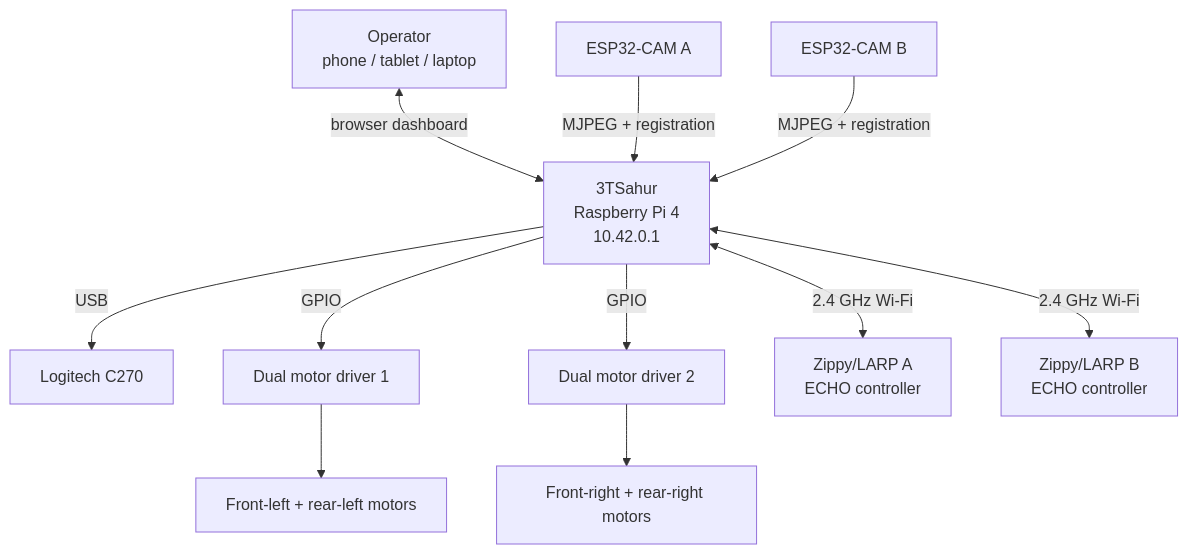
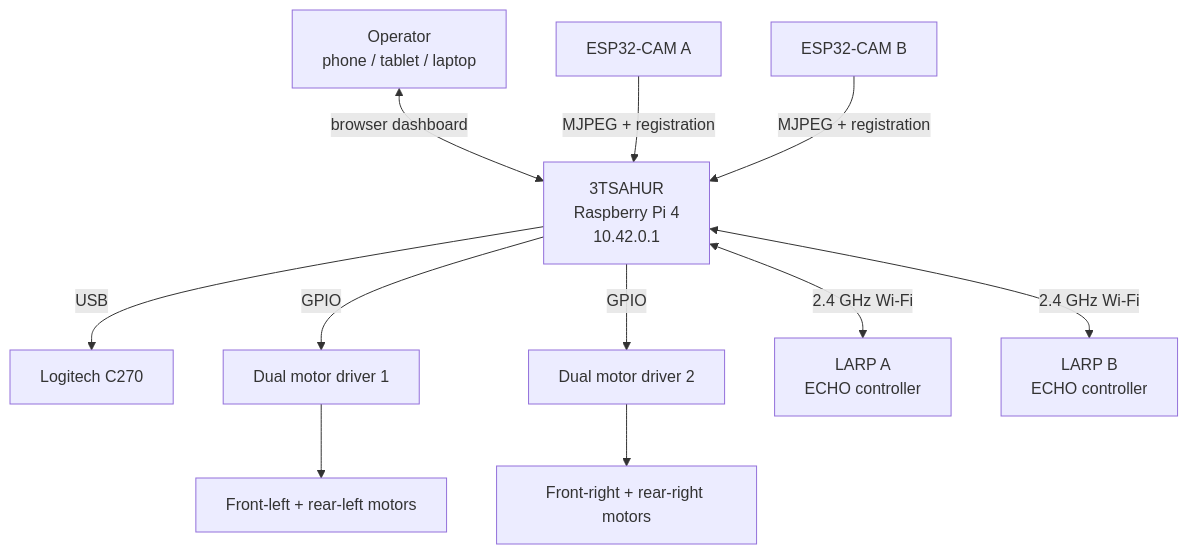
Before and after one commit to william-thompsonthe1st/STEM-Research-Academy: the fourth of 9 diagrams in README.md, drawn with Mermaid. The commit also changed other lines of this file, not shown here.

Commit message:
docs: add 3TSAHUR and LARP mission naming

````diff
--- a/README.md
+++ b/README.md
@@ -172,13 +183,13 @@
 ```mermaid
 flowchart TB
-    USER["Operator\nphone / tablet / laptop"] <-->|"browser dashboard"| PI["3TSahur\nRaspberry Pi 4\n10.42.0.1"]
-    PI -->|"USB"| C270["Logitech C270"]
-    PI -->|"GPIO"| D1["Dual motor driver 1"]
-    PI -->|"GPIO"| D2["Dual motor driver 2"]
+    USER["Operator\nphone / tablet / laptop"] <-->|"browser dashboard"| HUB["3TSAHUR\nRaspberry Pi 4\n10.42.0.1"]
+    HUB -->|"USB"| C270["Logitech C270"]
+    HUB -->|"GPIO"| D1["Dual motor driver 1"]
+    HUB -->|"GPIO"| D2["Dual motor driver 2"]
     D1 --> ML["Front-left + rear-left motors"]
     D2 --> MR["Front-right + rear-right motors"]
-    PI <-->|"2.4 GHz Wi-Fi"| ZA["Zippy/LARP A\nECHO controller"]
-    PI <-->|"2.4 GHz Wi-Fi"| ZB["Zippy/LARP B\nECHO controller"]
-    CA["ESP32-CAM A"] -->|"MJPEG + registration"| PI
-    CB["ESP32-CAM B"] -->|"MJPEG + registration"| PI
+    HUB <-->|"2.4 GHz Wi-Fi"| LA["LARP A\nECHO controller"]
+    HUB <-->|"2.4 GHz Wi-Fi"| LB["LARP B\nECHO controller"]
+    CA["ESP32-CAM A"] -->|"MJPEG + registration"| HUB
+    CB["ESP32-CAM B"] -->|"MJPEG + registration"| HUB
 ```
````
